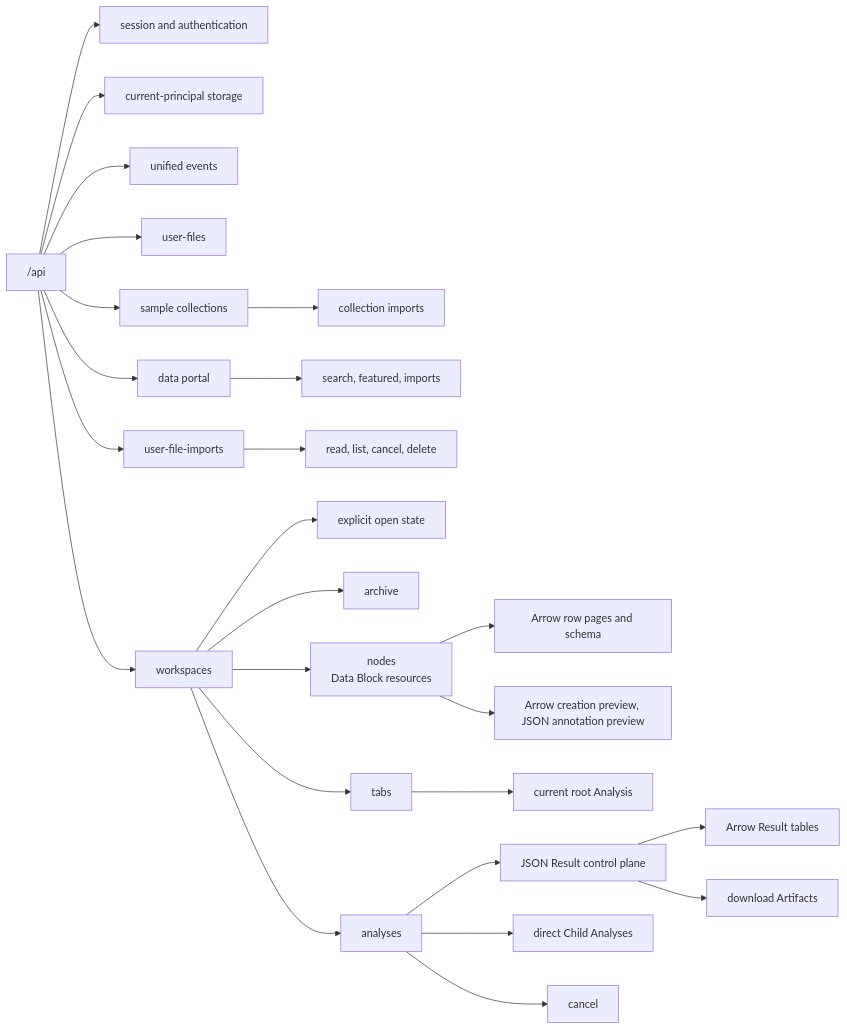
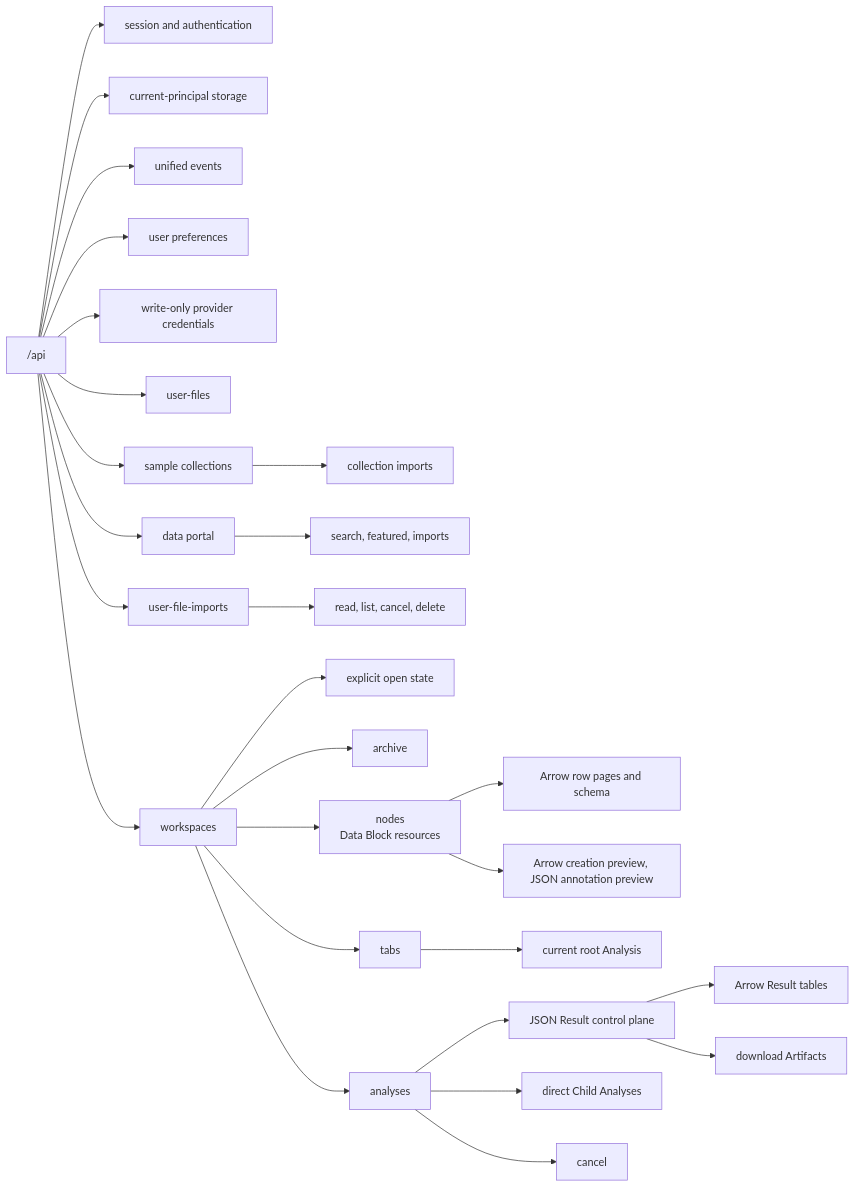
The diagram in docs/architecture/backend/http-api.md (Australian-Text-Analytics-Platform/ldaca_web_app), drawn with Mermaid before and after one commit. The commit also changed other lines of this file and 100 other files, not shown here.

````diff
--- a/docs/architecture/backend/http-api.md
+++ b/docs/architecture/backend/http-api.md
@@ -15,31 +15,33 @@
 ```mermaid
 flowchart LR
     API["/api"] --> SESSION["session and authentication"]
     API --> STORAGE["current-principal storage"]
     API --> EVENTS["unified events"]
+    API --> PREFERENCES["user preferences"]
+    API --> CREDENTIALS["write-only provider credentials"]
     API --> FILES["user-files"]
     API --> SAMPLES["sample collections"]
     API --> PORTAL["data portal"]
     API --> IMPORTS["user-file-imports"]
     API --> WORKSPACES["workspaces"]
 
     SAMPLES --> SAMPLE_IMPORT["collection imports"]
     PORTAL --> PORTAL_IMPORT["search, featured, imports"]
     IMPORTS --> IMPORT_CANCEL["read, list, cancel, delete"]
 
     WORKSPACES --> OPEN["explicit open state"]
     WORKSPACES --> ARCHIVE["archive"]
     WORKSPACES --> NODES["nodes<br/>Data Block resources"]
     WORKSPACES --> TABS["tabs"]
     WORKSPACES --> ANALYSES["analyses"]
 
     NODES --> ROWS["Arrow row pages and schema"]
     NODES --> PREVIEWS["Arrow creation preview, JSON annotation preview"]
 
     TABS --> CURRENT["current root Analysis"]
     ANALYSES --> RESULT["JSON Result control plane"]
     RESULT --> TABLES["Arrow Result tables"]
     RESULT --> ARTIFACTS["download Artifacts"]
     ANALYSES --> CHILDREN["direct Child Analyses"]
     ANALYSES --> CANCEL["cancel"]
 ```
````
